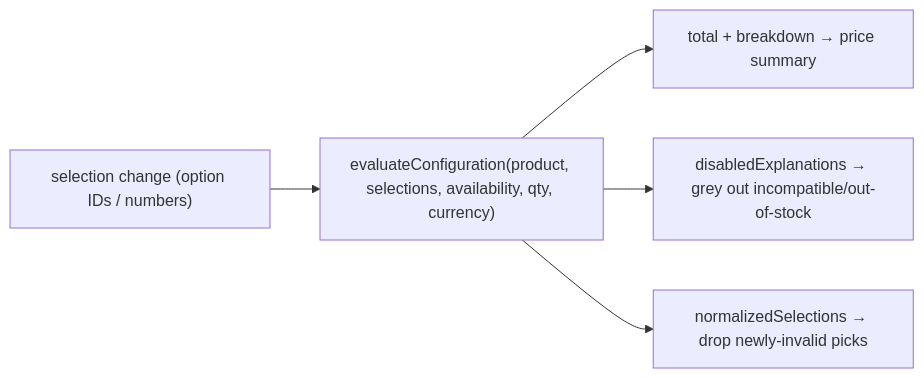
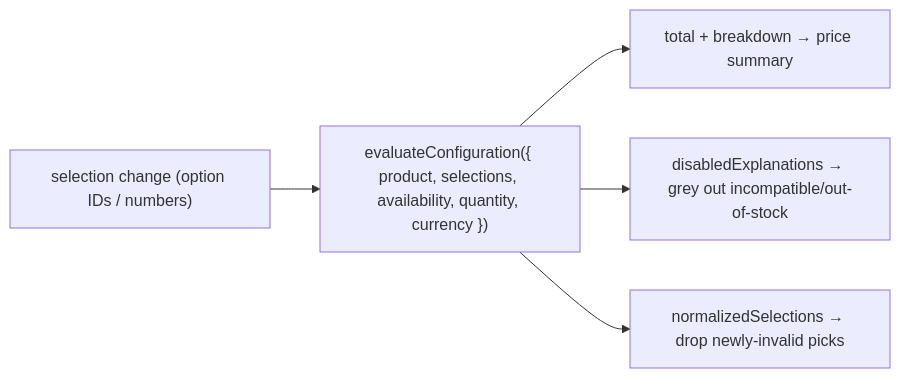
The fourth of 5 diagrams in docs/research/customer-login-to-order-flow.md (isherbuilds/album-studio), drawn with Mermaid before and after one commit. The commit also changed 4 other files, not shown here.

````diff
--- a/docs/research/customer-login-to-order-flow.md
+++ b/docs/research/customer-login-to-order-flow.md
@@ -212,7 +212,7 @@
 ```mermaid
 flowchart LR
-  sel["selection change (option IDs / numbers)"] --> ev["evaluateConfiguration(product, selections, availability, qty, currency)"]
+  sel["selection change (option IDs / numbers)"] --> ev["evaluateConfiguration({ product, selections, availability, quantity, currency })"]
   ev --> price["total + breakdown → price summary"]
   ev --> dis["disabledExplanations → grey out incompatible/out-of-stock"]
   ev --> clr["normalizedSelections → drop newly-invalid picks"]
 ```
````
